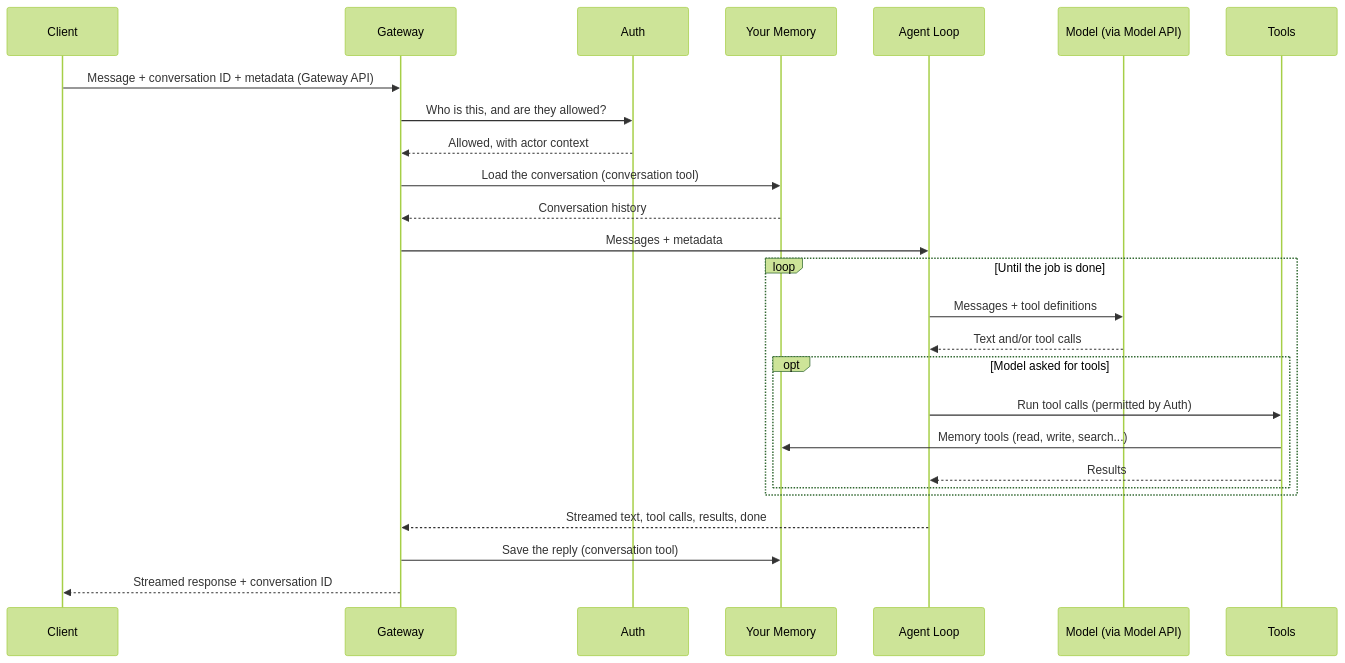
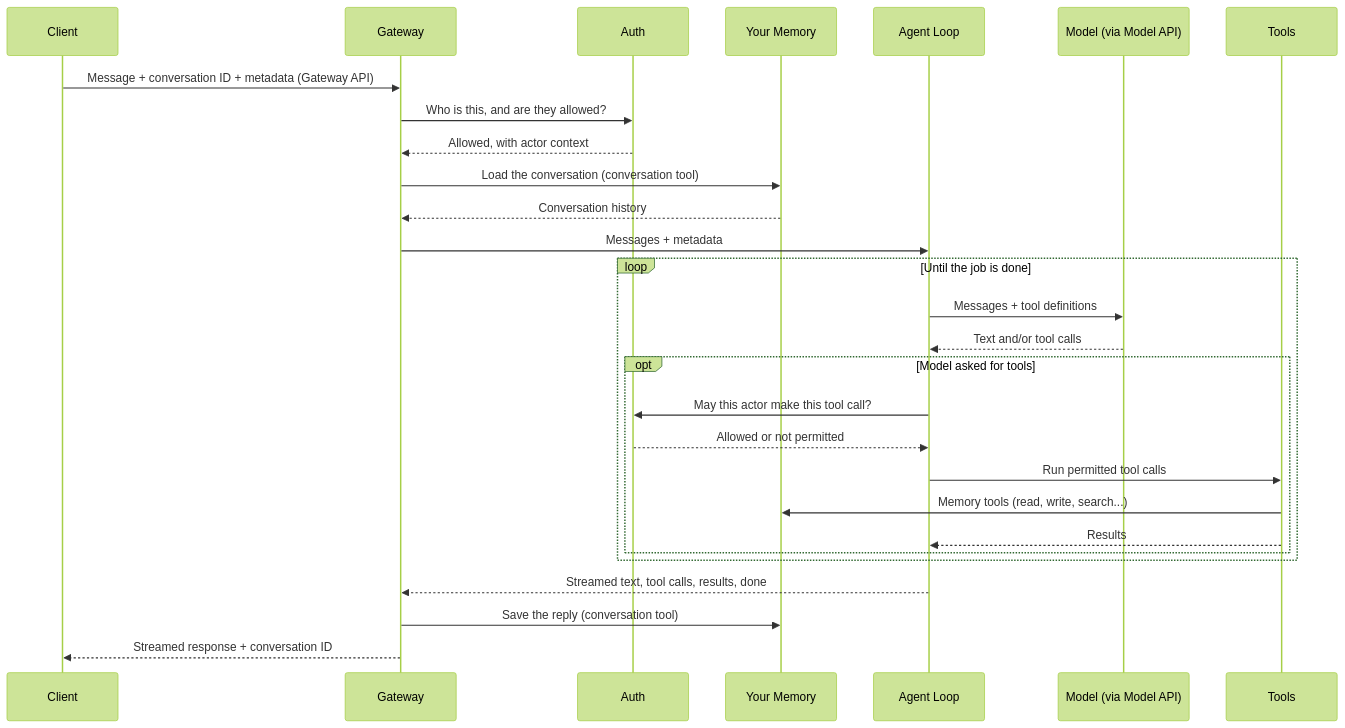
Before and after one commit to Personal-AI-Architecture/the-architecture: the diagram in docs/in-depth-overview/foundation-spec.md, drawn with Mermaid (forest theme). The commit also changed other lines of this file and 15 other files, not shown here.

````diff
--- a/docs/in-depth-overview/foundation-spec.md
+++ b/docs/in-depth-overview/foundation-spec.md
@@ -191,31 +191,33 @@
 ```mermaid
 sequenceDiagram
     participant Client
     participant Gateway
     participant Auth
     participant Memory as Your Memory
     participant AL as Agent Loop
     participant Model as Model (via Model API)
     participant Tools
 
     Client->>Gateway: Message + conversation ID + metadata (Gateway API)
     Gateway->>Auth: Who is this, and are they allowed?
     Auth-->>Gateway: Allowed, with actor context
     Gateway->>Memory: Load the conversation (conversation tool)
     Memory-->>Gateway: Conversation history
     Gateway->>AL: Messages + metadata
 
     loop Until the job is done
         AL->>Model: Messages + tool definitions
         Model-->>AL: Text and/or tool calls
         opt Model asked for tools
-            AL->>Tools: Run tool calls (permitted by Auth)
+            AL->>Auth: May this actor make this tool call?
+            Auth-->>AL: Allowed or not permitted
+            AL->>Tools: Run permitted tool calls
             Tools->>Memory: Memory tools (read, write, search...)
             Tools-->>AL: Results
         end
     end
 
     AL-->>Gateway: Streamed text, tool calls, results, done
     Gateway->>Memory: Save the reply (conversation tool)
     Gateway-->>Client: Streamed response + conversation ID
 ```
````
